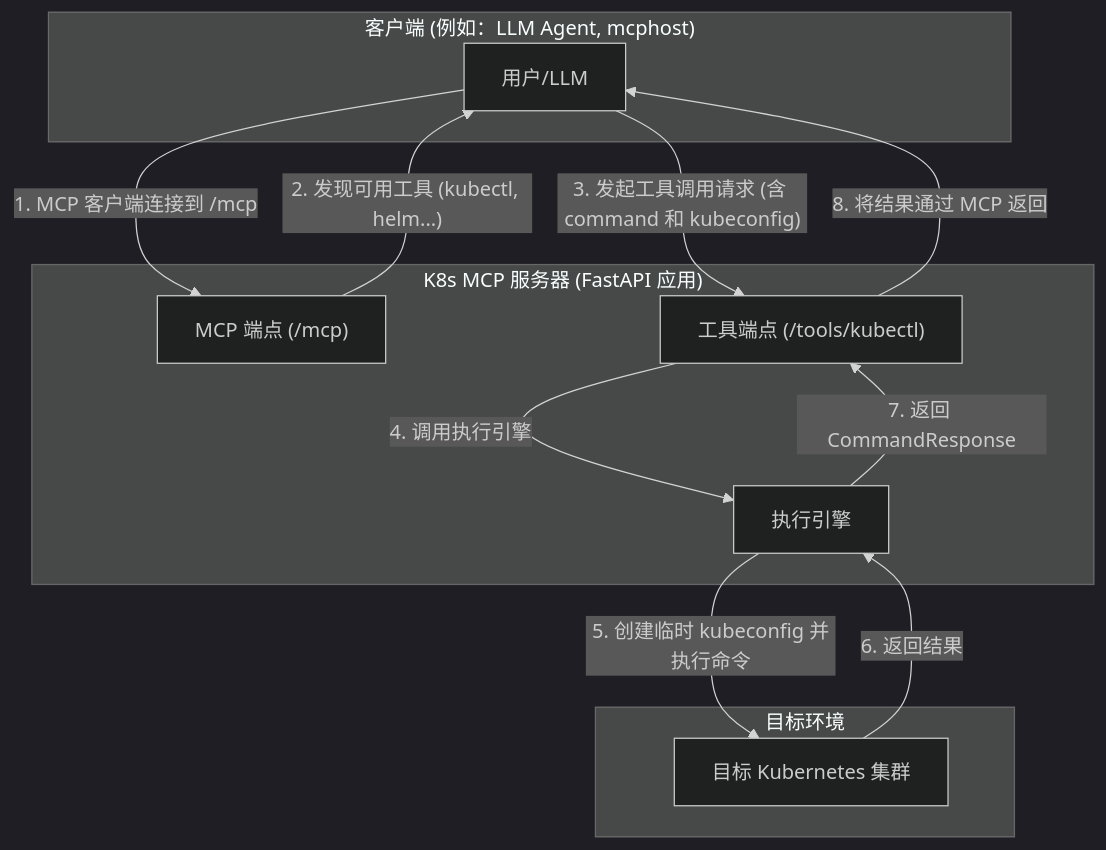
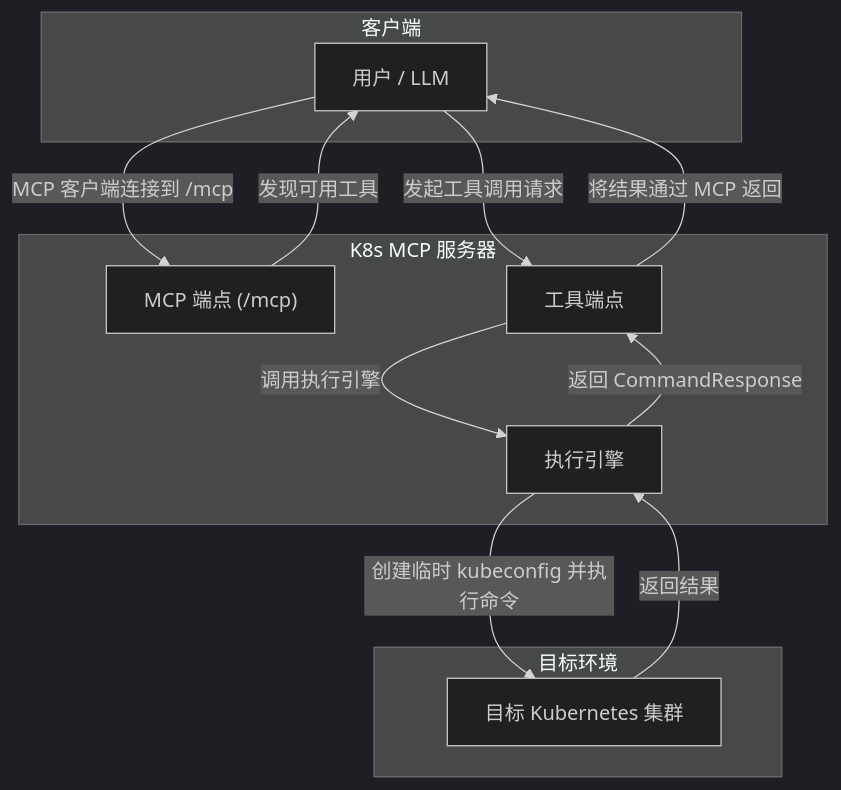
One commit to apecloud/mcp-k8s changed the diagram in README.md. Above: the diagram before and after it, drawn with Mermaid (dark theme). The commit also changed other lines of this file, not shown here.

````diff
--- a/README.md
+++ b/README.md
@@ -23,25 +25,26 @@
 ```mermaid
+
 graph TD
-    subgraph "客户端 (例如：LLM Agent, mcphost)"
-        A["用户/LLM"]
+    subgraph "客户端"
+        A["用户 / LLM"]
     end
     
-    subgraph "K8s MCP 服务器 (FastAPI 应用)"
+    subgraph "K8s MCP 服务器"
         B["MCP 端点 (/mcp)"]
-        C["工具端点 (/tools/kubectl)"]
+        C["工具端点"]
         D["执行引擎"]
     end
 
     subgraph "目标环境"
         E["目标 Kubernetes 集群"]
     end
 
-    A -->|"1. MCP 客户端连接到 /mcp"| B;
-    B -->|"2. 发现可用工具 (kubectl, helm...)"| A;
-    A -->|"3. 发起工具调用请求 (含 command 和 kubeconfig)"| C;
-    C -->|"4. 调用执行引擎"| D;
-    D -->|"5. 创建临时 kubeconfig 并执行命令"| E;
-    E -->|"6. 返回结果"| D;
-    D -->|"7. 返回 CommandResponse"| C;
-    C -->|"8. 将结果通过 MCP 返回"| A;
+    A -->|"MCP 客户端连接到 /mcp"| B;
+    B -->|"发现可用工具"| A;
+    A -->|"发起工具调用请求"| C;
+    C -->|"调用执行引擎"| D;
+    D -->|"创建临时 kubeconfig 并执行命令"| E;
+    E -->|"返回结果"| D;
+    D -->|"返回 CommandResponse"| C;
+    C -->|"将结果通过 MCP 返回"| A;
 ```
````
